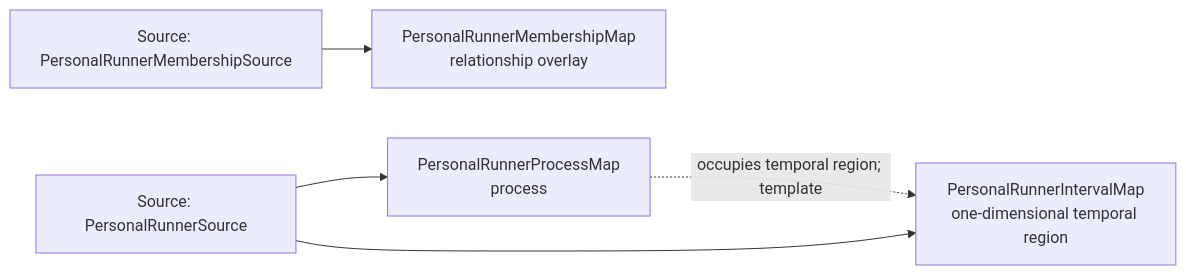
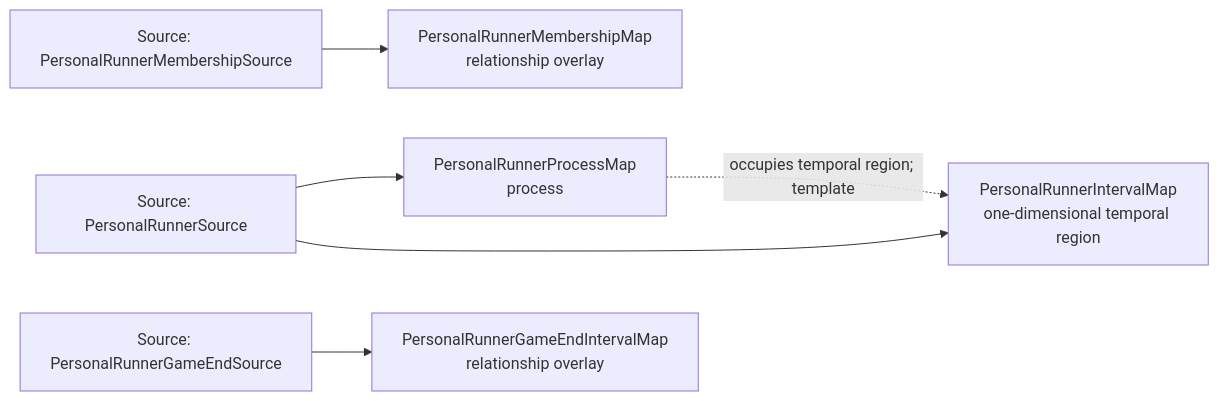
The diagram in Baseball/mermaid/patterns/mlb-game/64-personal-runner-process.md (CarterBeauBenson/BaseballO), drawn with Mermaid before and after one commit. The commit also changed other lines of this file and 154 other files, not shown here.

Commit message:
Close supported walk-off runner histories at game end

````diff
--- a/Baseball/mermaid/patterns/mlb-game/64-personal-runner-process.md
+++ b/Baseball/mermaid/patterns/mlb-game/64-personal-runner-process.md
@@ -10,12 +10,15 @@
 ```mermaid
 flowchart LR
-    S01["Source: PersonalRunnerMembershipSource"]
-    S02["Source: PersonalRunnerSource"]
+    S01["Source: PersonalRunnerGameEndSource"]
+    S02["Source: PersonalRunnerMembershipSource"]
+    S03["Source: PersonalRunnerSource"]
     M01["PersonalRunnerProcessMap<br/>process"]
     M02["PersonalRunnerIntervalMap<br/>one-dimensional temporal region"]
     M03["PersonalRunnerMembershipMap<br/>relationship overlay"]
-    S02 --> M01
-    S02 --> M02
-    S01 --> M03
+    M04["PersonalRunnerGameEndIntervalMap<br/>relationship overlay"]
+    S03 --> M01
+    S03 --> M02
+    S02 --> M03
+    S01 --> M04
     M01 -.->|occupies temporal region; template| M02
 ```
````
